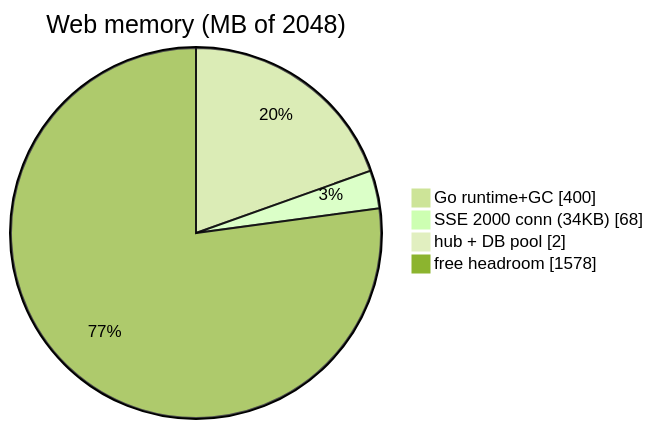
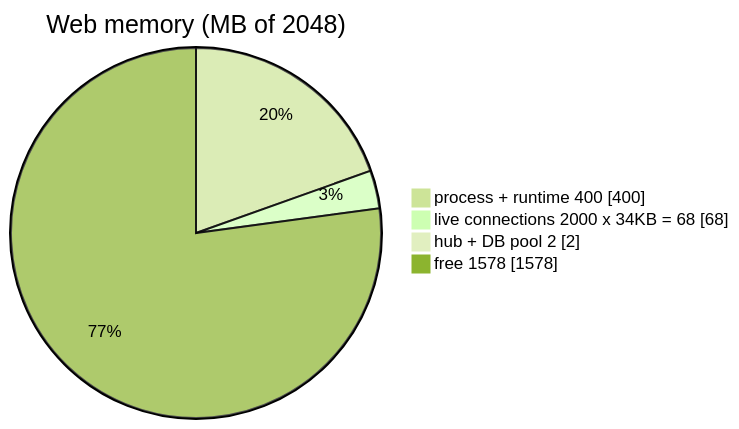
One commit to aq35/sample_manual changed the fifth of 7 diagrams in docs/worked-examples.md. Above: the diagram before and after it, drawn with Mermaid (forest theme). The commit also changed other lines of this file, not shown here.

````diff
--- a/docs/worked-examples.md
+++ b/docs/worked-examples.md
@@ -131,8 +141,8 @@
 ```mermaid
 pie showData
   title Web memory (MB of 2048)
-  "Go runtime+GC" : 400
-  "SSE 2000 conn (34KB)" : 68
-  "hub + DB pool" : 2
-  "free headroom" : 1578
+  "process + runtime 400" : 400
+  "live connections 2000 x 34KB = 68" : 68
+  "hub + DB pool 2" : 2
+  "free 1578" : 1578
 ```
````
